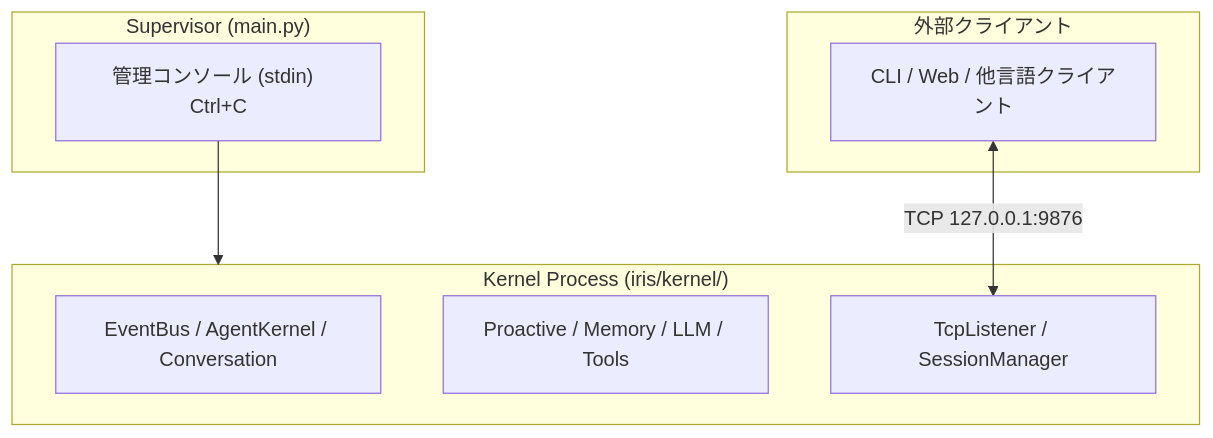
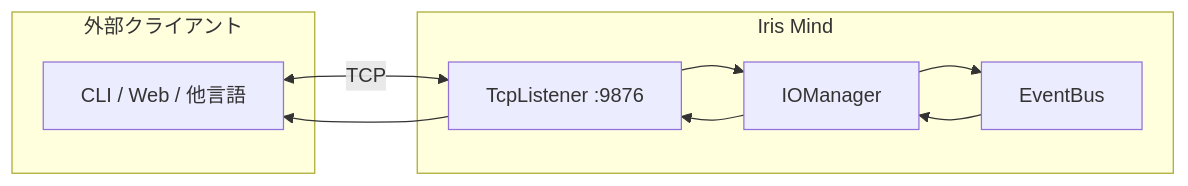
One commit to ibukani/iris-mind changed the second of 2 diagrams in README.md. Above: the diagram before and after it, drawn with Mermaid. The commit also changed other lines of this file and 128 other files, not shown here.

````diff
--- a/README.md
+++ b/README.md
@@ -9,17 +80,15 @@
 ```mermaid
-flowchart TD
-    subgraph Supervisor["Supervisor (main.py)"]
-        Console["管理コンソール (stdin)  Ctrl+C"]
+flowchart LR
+    subgraph Ext["外部クライアント"]
+        CLI["CLI / Web / 他言語"]
     end
-    subgraph Kernel["Kernel Process (iris/kernel/)"]
-        Core["EventBus / AgentKernel / Conversation"]
-        Services["Proactive / Memory / LLM / Tools"]
-        IO["TcpListener / SessionManager"]
+    subgraph Iris["Iris Mind"]
+        TCP["TcpListener :9876"]
+        IO["IOManager"]
+        EV["EventBus"]
     end
-    subgraph External["外部クライアント"]
-        Client["CLI / Web / 他言語クライアント"]
-    end
-
-    Console --> Kernel
-    Client <-->|TCP 127.0.0.1:9876| IO
+    CLI <-->|TCP| TCP
+    TCP --> IO
+    IO --> EV
+    EV --> IO --> TCP --> CLI
 ```
````
